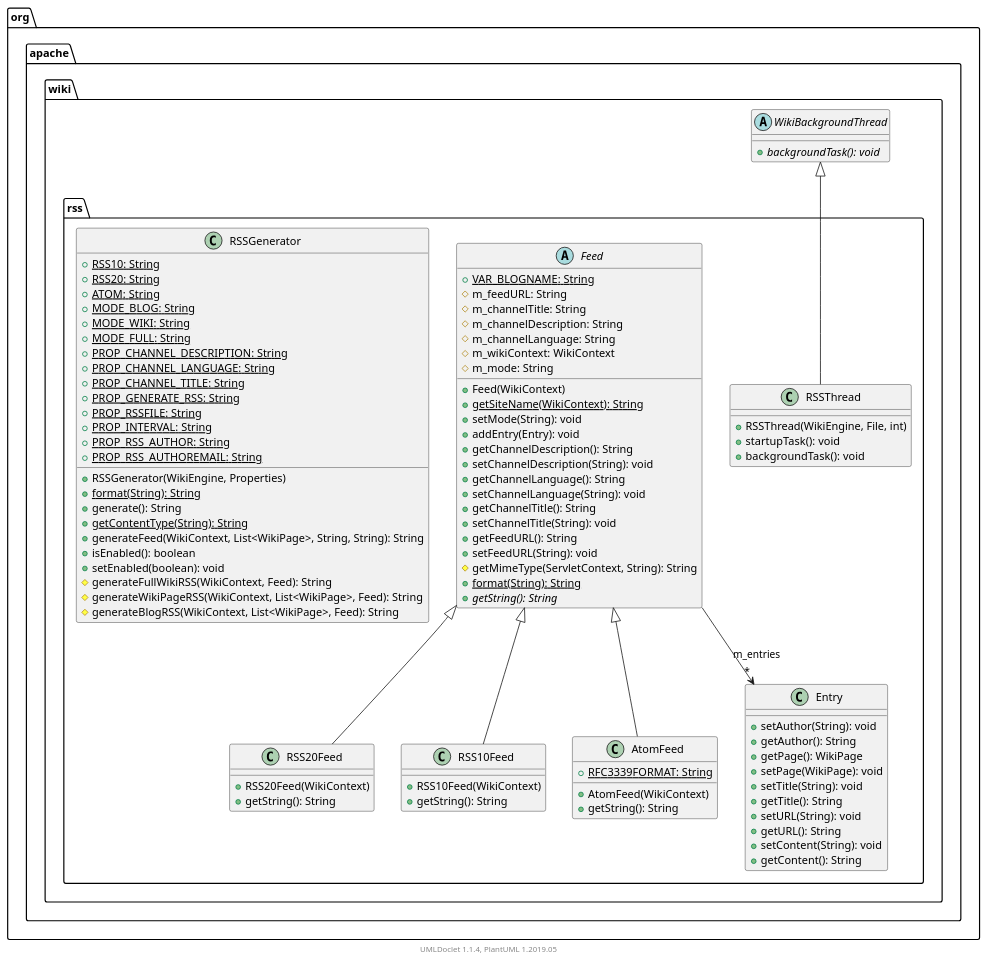
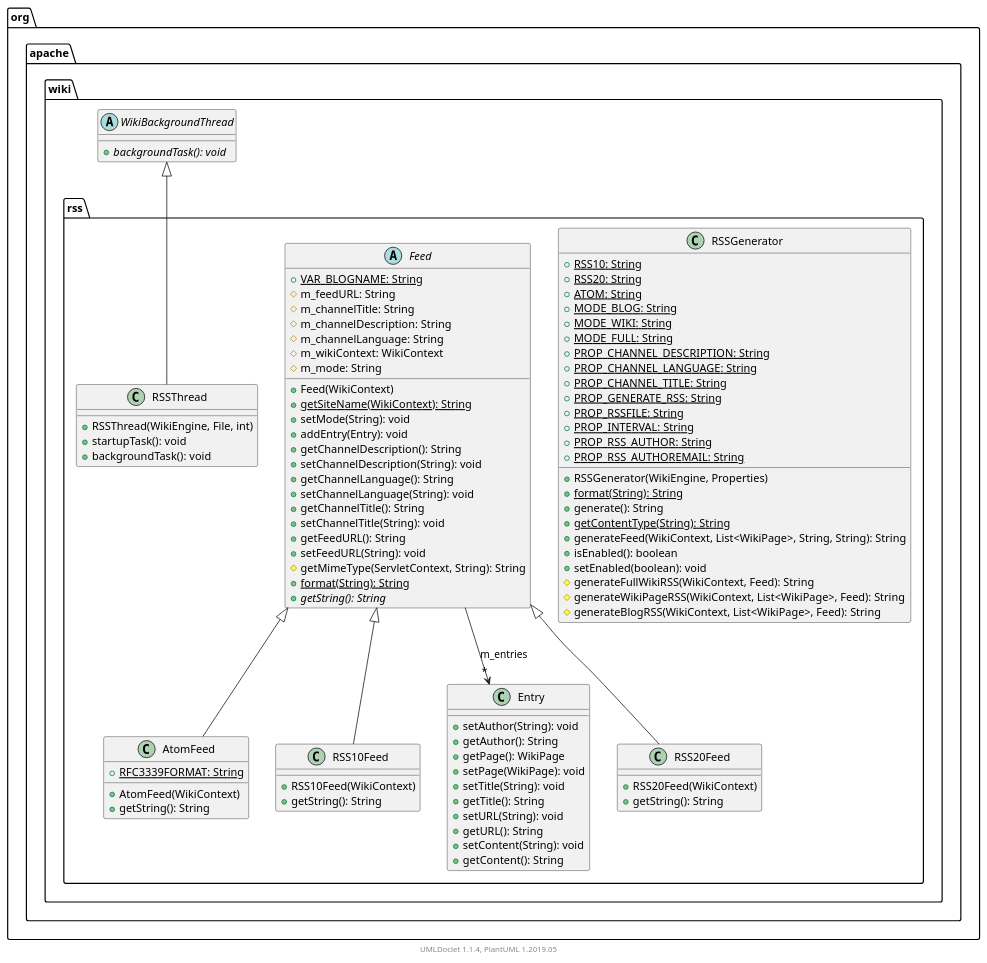
The diagram in apidocs/2.11.0.M6-SNAPSHOT/org/apache/wiki/rss/package.puml (apache/jspwiki-site), drawn with PlantUML before and after one commit. The commit also changed other lines of this file and 1588 other files, not shown here.

```diff
--- a/apidocs/2.11.0.M6-SNAPSHOT/org/apache/wiki/rss/package.puml
+++ b/apidocs/2.11.0.M6-SNAPSHOT/org/apache/wiki/rss/package.puml
@@ -1,109 +1,109 @@
 @startuml
 
     namespace org.apache.wiki.rss {
-
-        class RSSThread [[RSSThread.html]] {
-            +RSSThread(WikiEngine, File, int)
-            +startupTask(): void
-            +backgroundTask(): void
-        }
-
-        class RSS20Feed [[RSS20Feed.html]] {
-            +RSS20Feed(WikiContext)
-            +getString(): String
-        }
-
-        abstract class Feed [[Feed.html]] {
-            {static} +VAR_BLOGNAME: String
-            #m_feedURL: String
-            #m_channelTitle: String
-            #m_channelDescription: String
-            #m_channelLanguage: String
-            #m_wikiContext: WikiContext
-            #m_mode: String
-            +Feed(WikiContext)
-            {static} +getSiteName(WikiContext): String
-            +setMode(String): void
-            +addEntry(Entry): void
-            +getChannelDescription(): String
-            +setChannelDescription(String): void
-            +getChannelLanguage(): String
-            +setChannelLanguage(String): void
-            +getChannelTitle(): String
-            +setChannelTitle(String): void
-            +getFeedURL(): String
-            +setFeedURL(String): void
-            #getMimeType(ServletContext, String): String
-            {static} +format(String): String
-            {abstract} +getString(): String
-        }
 
         class RSSGenerator [[RSSGenerator.html]] {
             {static} +RSS10: String
             {static} +RSS20: String
             {static} +ATOM: String
             {static} +MODE_BLOG: String
             {static} +MODE_WIKI: String
             {static} +MODE_FULL: String
             {static} +PROP_CHANNEL_DESCRIPTION: String
             {static} +PROP_CHANNEL_LANGUAGE: String
             {static} +PROP_CHANNEL_TITLE: String
             {static} +PROP_GENERATE_RSS: String
             {static} +PROP_RSSFILE: String
             {static} +PROP_INTERVAL: String
             {static} +PROP_RSS_AUTHOR: String
             {static} +PROP_RSS_AUTHOREMAIL: String
             +RSSGenerator(WikiEngine, Properties)
             {static} +format(String): String
             +generate(): String
             {static} +getContentType(String): String
             +generateFeed(WikiContext, List<WikiPage>, String, String): String
             +isEnabled(): boolean
             +setEnabled(boolean): void
             #generateFullWikiRSS(WikiContext, Feed): String
             #generateWikiPageRSS(WikiContext, List<WikiPage>, Feed): String
             #generateBlogRSS(WikiContext, List<WikiPage>, Feed): String
         }
 
-        class RSS10Feed [[RSS10Feed.html]] {
-            +RSS10Feed(WikiContext)
+        class AtomFeed [[AtomFeed.html]] {
+            {static} +RFC3339FORMAT: String
+            +AtomFeed(WikiContext)
             +getString(): String
         }
 
-        class AtomFeed [[AtomFeed.html]] {
-            {static} +RFC3339FORMAT: String
-            +AtomFeed(WikiContext)
+        class RSS10Feed [[RSS10Feed.html]] {
+            +RSS10Feed(WikiContext)
             +getString(): String
         }
 
         class Entry [[Entry.html]] {
             +setAuthor(String): void
             +getAuthor(): String
             +getPage(): WikiPage
             +setPage(WikiPage): void
             +setTitle(String): void
             +getTitle(): String
             +setURL(String): void
             +getURL(): String
             +setContent(String): void
             +getContent(): String
         }
 
+        abstract class Feed [[Feed.html]] {
+            {static} +VAR_BLOGNAME: String
+            #m_feedURL: String
+            #m_channelTitle: String
+            #m_channelDescription: String
+            #m_channelLanguage: String
+            #m_wikiContext: WikiContext
+            #m_mode: String
+            +Feed(WikiContext)
+            {static} +getSiteName(WikiContext): String
+            +setMode(String): void
+            +addEntry(Entry): void
+            +getChannelDescription(): String
+            +setChannelDescription(String): void
+            +getChannelLanguage(): String
+            +setChannelLanguage(String): void
+            +getChannelTitle(): String
+            +setChannelTitle(String): void
+            +getFeedURL(): String
+            +setFeedURL(String): void
+            #getMimeType(ServletContext, String): String
+            {static} +format(String): String
+            {abstract} +getString(): String
+        }
+
+        class RSS20Feed [[RSS20Feed.html]] {
+            +RSS20Feed(WikiContext)
+            +getString(): String
+        }
+
+        class RSSThread [[RSSThread.html]] {
+            +RSSThread(WikiEngine, File, int)
+            +startupTask(): void
+            +backgroundTask(): void
+        }
+
+        Feed <|-- AtomFeed
+
+        Feed <|-- RSS10Feed
+
+        Feed <|-- RSS20Feed
+
         abstract class org.apache.wiki.WikiBackgroundThread {
             {abstract} +backgroundTask(): void
         }
         org.apache.wiki.WikiBackgroundThread <|-- RSSThread
-
-        Feed <|-- RSS20Feed
-
-        Feed <|-- RSS10Feed
-
-        Feed <|-- AtomFeed
 
         Feed --> "*" Entry: m_entries
 
     }
 
 
     center footer UMLDoclet 1.1.4, PlantUML 1.2019.05
 @enduml
```
